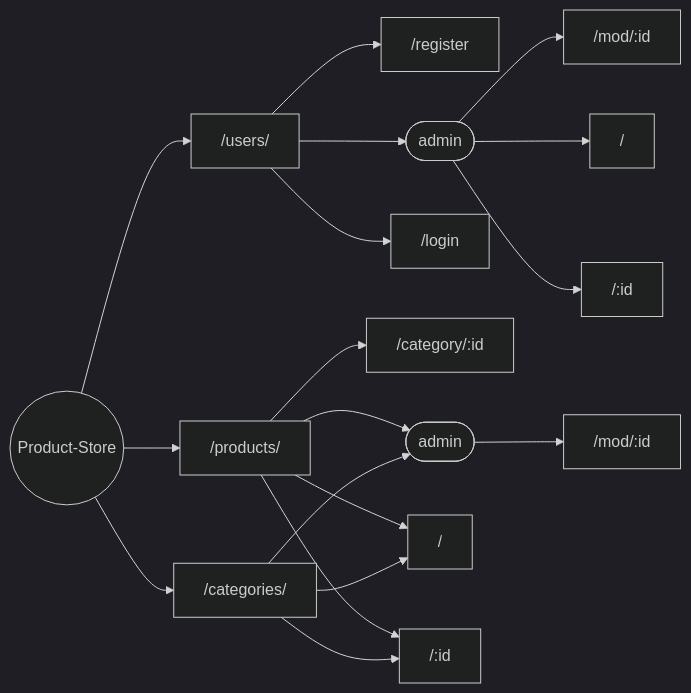
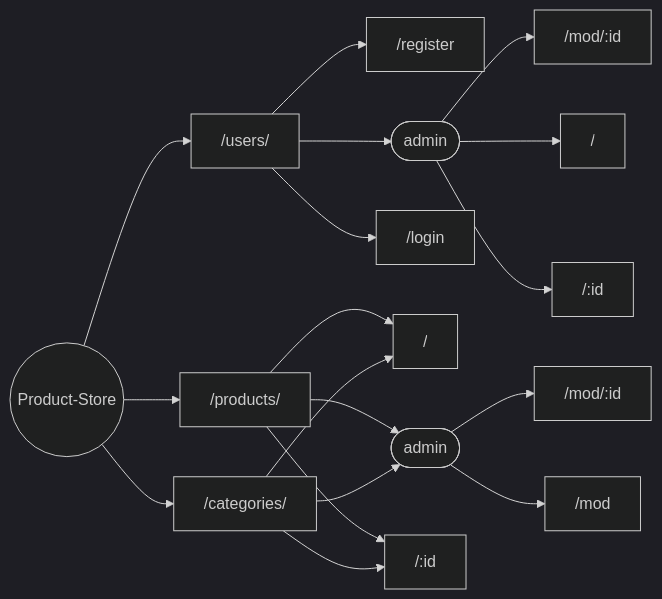
The diagram in README.md (Keith50112e5/product-manager-frontend), drawn with Mermaid (dark theme) before and after one commit. The commit also changed other lines of this file and 6 other files, not shown here.

````diff
--- a/README.md
+++ b/README.md
@@ -31,25 +46,25 @@
 ```mermaid
 graph LR;
 
 store((Product-Store))
 store-->users[ /users/]
 store-->products[ /products/]
 store-->categories[ /categories/]
 
 users-->/register
 users-->admin([admin])
 admin-->umod[ /mod/:id]
 admin-->ulist[ /]
 admin-->user[ /:id]
 users-->/login
 
-products-->/category/:id
+products-->/
 products-->admin2([admin])
 admin2-->/mod/:id
-products-->/
+admin2-->/mod
 products-->/:id
 
 categories-->admin2
 categories-->/
 categories-->/:id
 ```
````
